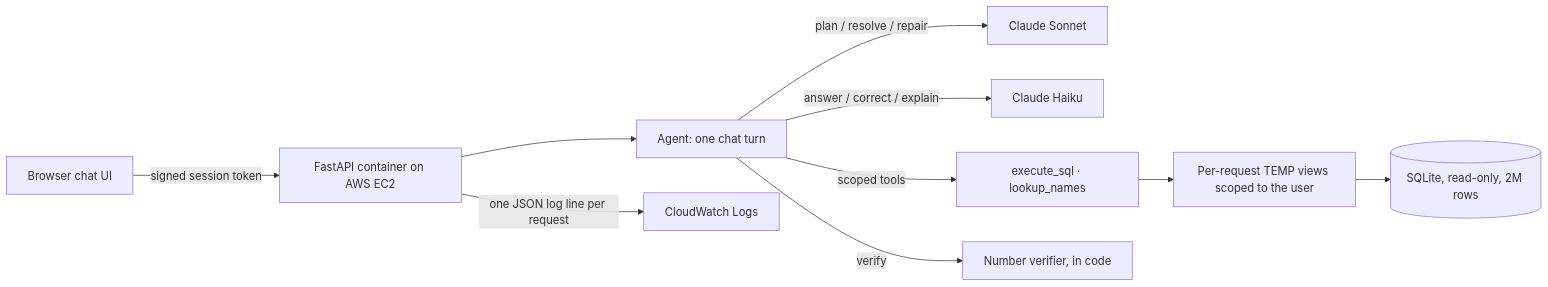
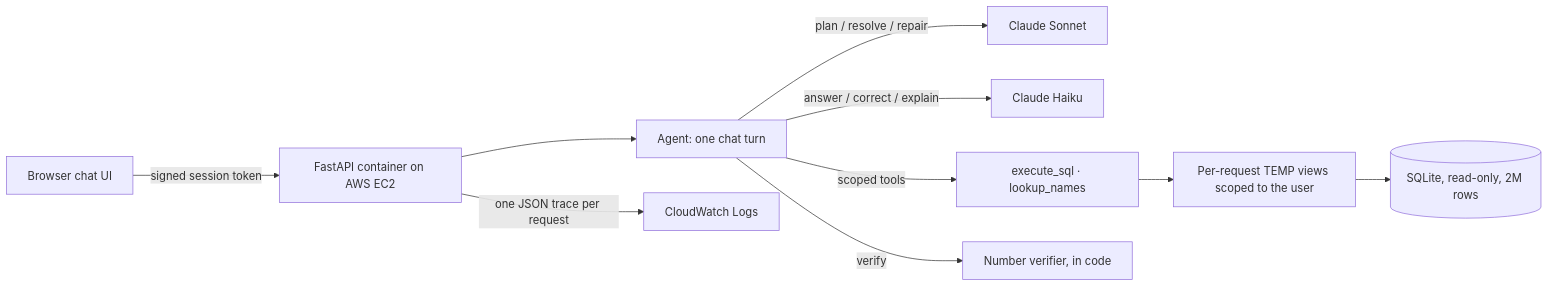
One commit to PrashanthTalwarr/nl2sql-assignment changed the first of 3 diagrams in DESIGN.md. Above: the diagram before and after it, drawn with Mermaid. The commit also changed other lines of this file, not shown here.

Commit message:
DESIGN: agent trace, measured costs, EC2 details

````diff
--- a/DESIGN.md
+++ b/DESIGN.md
@@ -79,12 +80,12 @@
 ```mermaid
 flowchart LR
     U["Browser chat UI"] -->|"signed session token"| API["FastAPI container on AWS EC2"]
     API --> A["Agent: one chat turn"]
     A -->|"plan / resolve / repair"| L1["Claude Sonnet"]
     A -->|"answer / correct / explain"| L2["Claude Haiku"]
     A -->|"scoped tools"| T["execute_sql · lookup_names"]
     T --> V["Per-request TEMP views scoped to the user"]
     V --> DB[("SQLite, read-only, 2M rows")]
     A -->|"verify"| VF["Number verifier, in code"]
-    API -->|"one JSON log line per request"| CW["CloudWatch Logs"]
+    API -->|"one JSON trace per request"| CW["CloudWatch Logs"]
 ```
````
